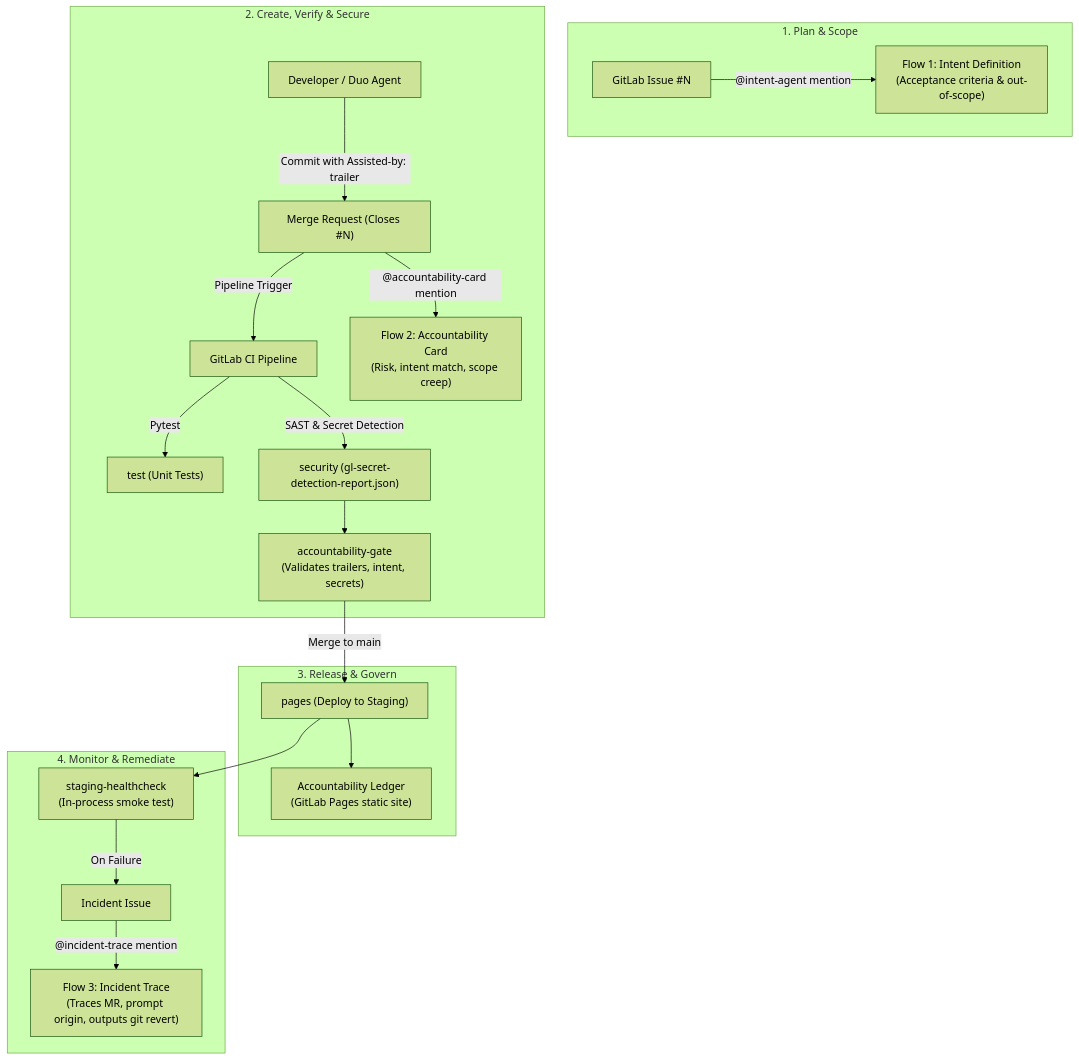
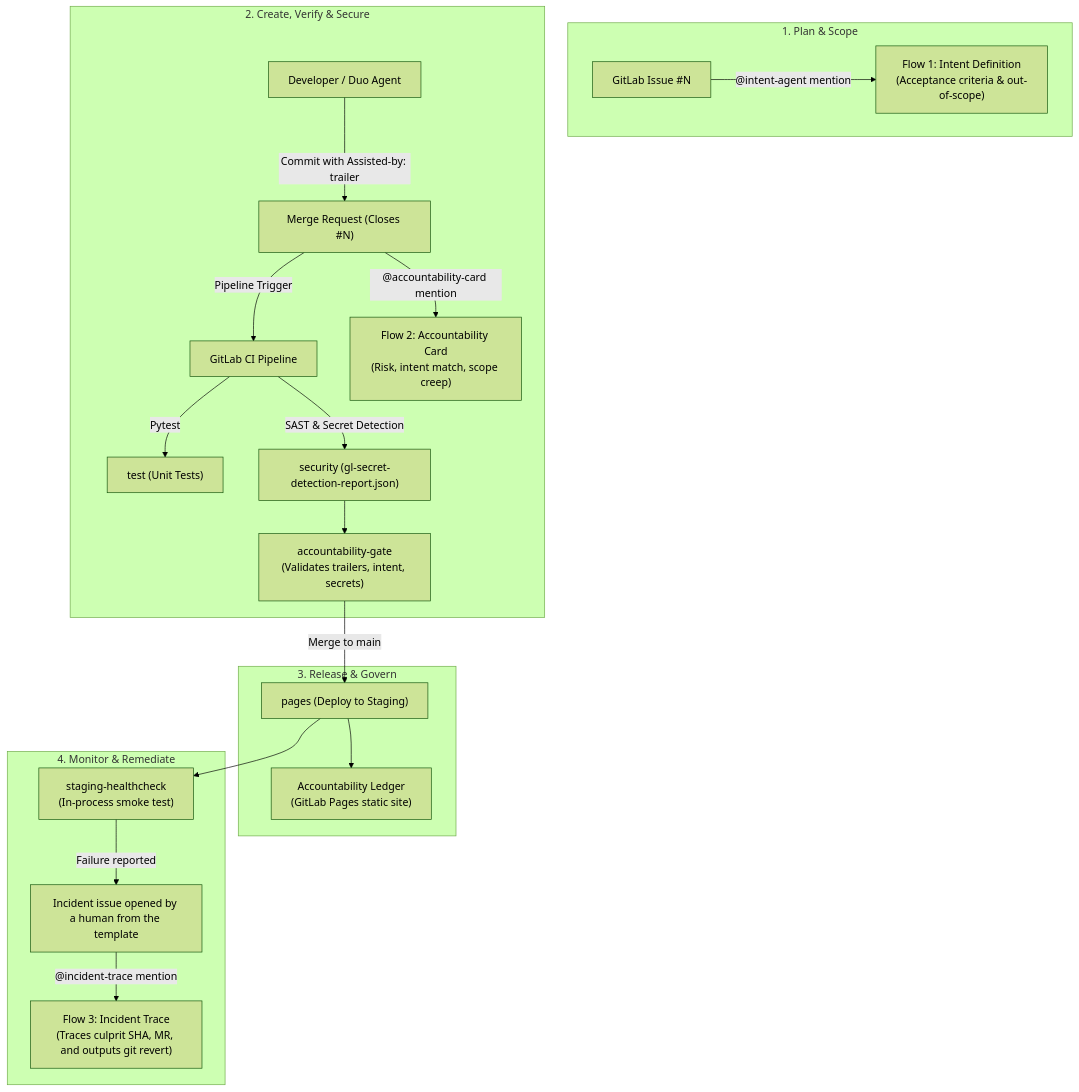
One commit to ritesh-1912/Gitlab-Hackathon changed the diagram in README.md. Above: the diagram before and after it, drawn with Mermaid (forest theme). The commit also changed other lines of this file and 11 other files, not shown here.

````diff
--- a/README.md
+++ b/README.md
@@ -35,26 +35,26 @@
 ```mermaid
 flowchart TD
     subgraph Plan["1. Plan & Scope"]
         Issue["GitLab Issue #N"] -->|"@intent-agent mention"| Flow1["Flow 1: Intent Definition<br/>(Acceptance criteria & out-of-scope)"]
     end
 
     subgraph CreateVerify["2. Create, Verify & Secure"]
         Dev["Developer / Duo Agent"] -->|"Commit with Assisted-by: trailer"| MR["Merge Request (Closes #N)"]
         MR -->|"Pipeline Trigger"| CI["GitLab CI Pipeline"]
         CI -->|"Pytest"| TestJob["test (Unit Tests)"]
         CI -->|"SAST & Secret Detection"| SecJob["security (gl-secret-detection-report.json)"]
         SecJob --> GateJob["accountability-gate<br/>(Validates trailers, intent, secrets)"]
         MR -->|"@accountability-card mention"| Flow2["Flow 2: Accountability Card<br/>(Risk, intent match, scope creep)"]
     end
 
     subgraph ReleaseGovern["3. Release & Govern"]
         GateJob -->|"Merge to main"| DeployJob["pages (Deploy to Staging)"]
         DeployJob --> Ledger["Accountability Ledger<br/>(GitLab Pages static site)"]
     end
 
     subgraph MonitorRemediate["4. Monitor & Remediate"]
         DeployJob --> SmokeJob["staging-healthcheck<br/>(In-process smoke test)"]
-        SmokeJob -->|"On Failure"| IncIssue["Incident Issue"]
-        IncIssue -->|"@incident-trace mention"| Flow3["Flow 3: Incident Trace<br/>(Traces MR, prompt origin, outputs git revert)"]
+        SmokeJob -->|"Failure reported"| IncIssue["Incident issue opened by a human from the template"]
+        IncIssue -->|"@incident-trace mention"| Flow3["Flow 3: Incident Trace<br/>(Traces culprit SHA, MR, and outputs git revert)"]
     end
 ```
````
